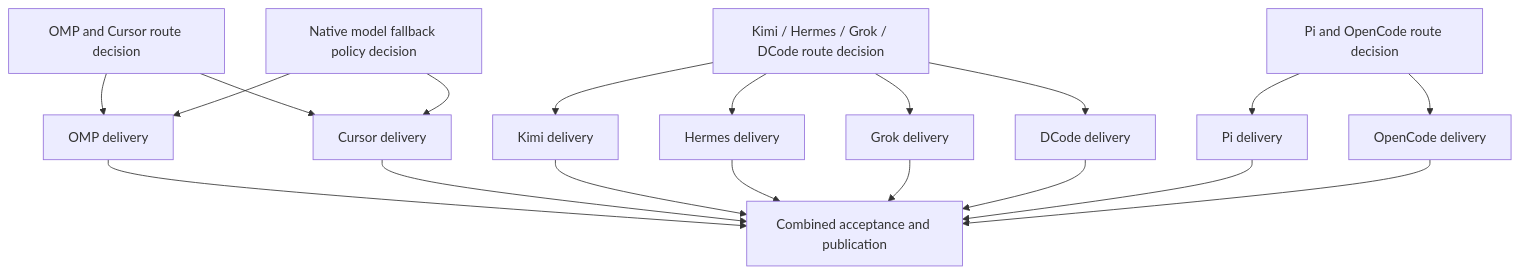
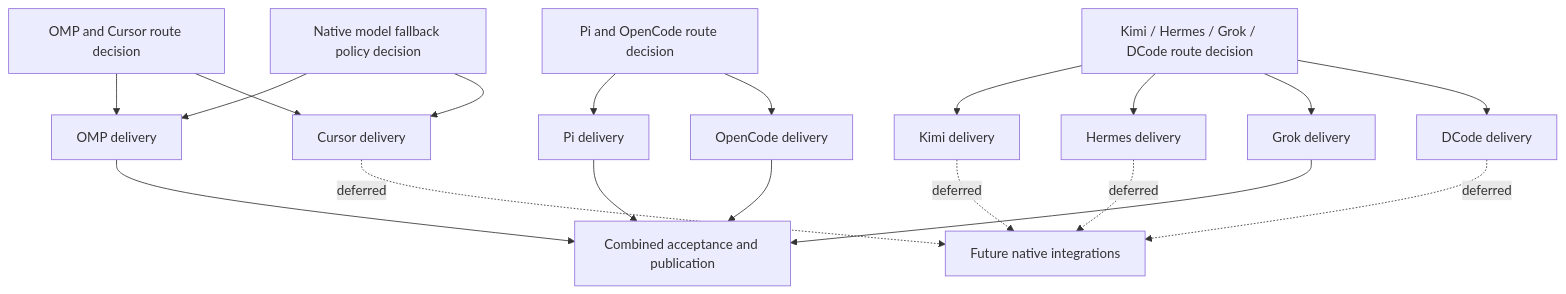
The diagram in tasks/plan.md (archeism/plugnz), drawn with Mermaid before and after one commit. The commit also changed other lines of this file and 11 other files, not shown here.

Commit message:
docs: record native agent acceptance and explicit deferred hosts

````diff
--- a/tasks/plan.md
+++ b/tasks/plan.md
@@ -18,21 +18,21 @@
 ```mermaid
 flowchart TD
   A[OMP and Cursor route decision] --> O[OMP delivery]
   A --> C[Cursor delivery]
   M[Native model fallback policy decision] --> O
   M --> C
   B[Kimi / Hermes / Grok / DCode route decision] --> K[Kimi delivery]
   B --> H[Hermes delivery]
   B --> G[Grok delivery]
   B --> D[DCode delivery]
   E[Pi and OpenCode route decision] --> P[Pi delivery]
   E --> OC[OpenCode delivery]
   O --> F[Combined acceptance and publication]
-  C --> F
-  K --> F
-  H --> F
+  C -. deferred .-> TODO[Future native integrations]
+  K -. deferred .-> TODO
+  H -. deferred .-> TODO
   G --> F
-  D --> F
+  D -. deferred .-> TODO
   P --> F
   OC --> F
 ```
````
